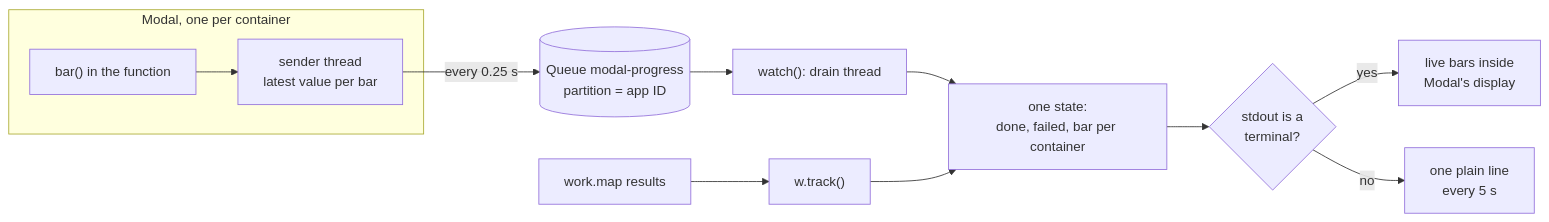
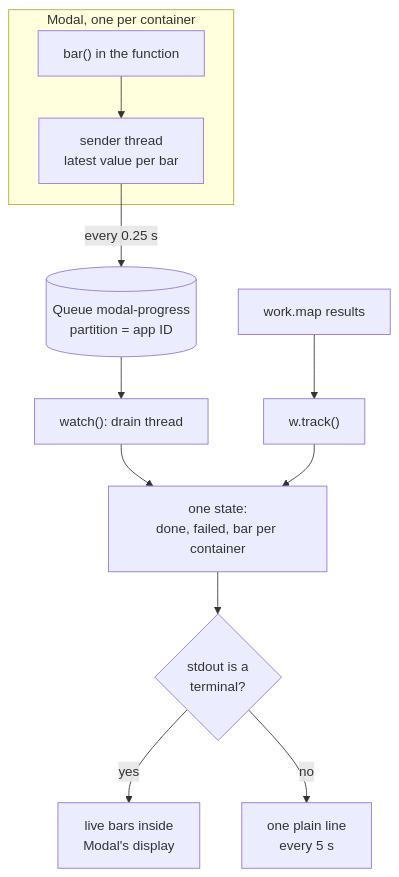
The diagram in README.md (EnesYilmazcode/modal-progress), drawn with Mermaid before and after one commit.

Commit message:
README: draw the design top to bottom so the labels stay readable

````diff
--- a/README.md
+++ b/README.md
@@ -44,14 +44,14 @@
 ```mermaid
-flowchart LR
+flowchart TB
     subgraph modal ["Modal, one per container"]
         B1["bar() in the function"] --> S1["sender thread<br>latest value per bar"]
     end
     S1 -->|every 0.25 s| Q[("Queue modal-progress<br>partition = app ID")]
     Q --> D["watch(): drain thread"]
     M["work.map results"] --> T["w.track()"]
     D --> ST["one state:<br>done, failed, bar per container"]
     T --> ST
     ST --> R{"stdout is a<br>terminal?"}
     R -->|yes| RICH["live bars inside<br>Modal's display"]
     R -->|no| PLAIN["one plain line<br>every 5 s"]
 ```
````
